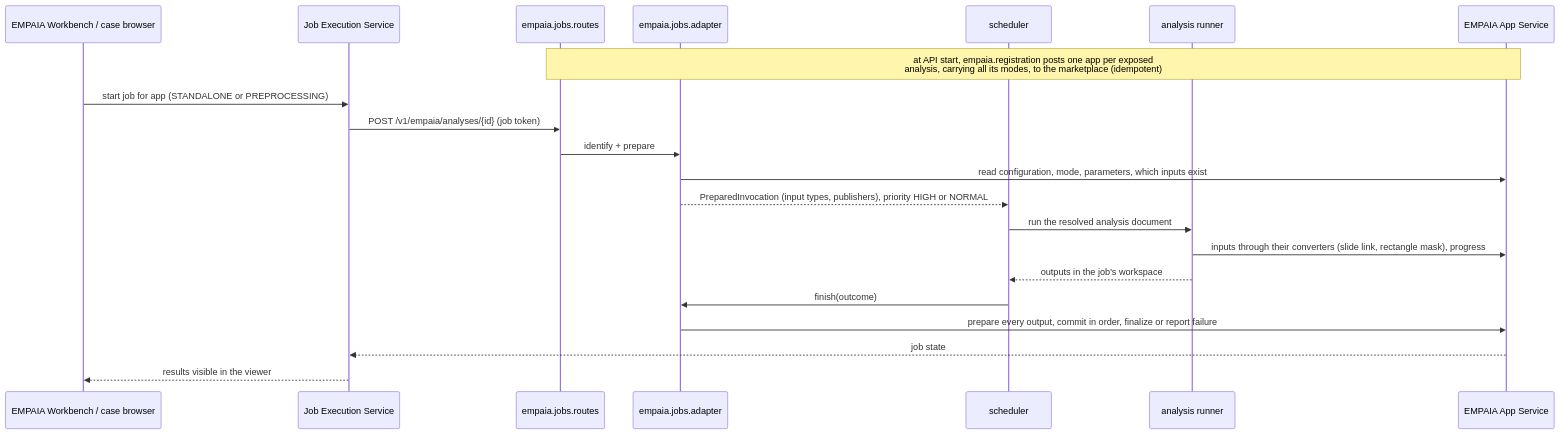
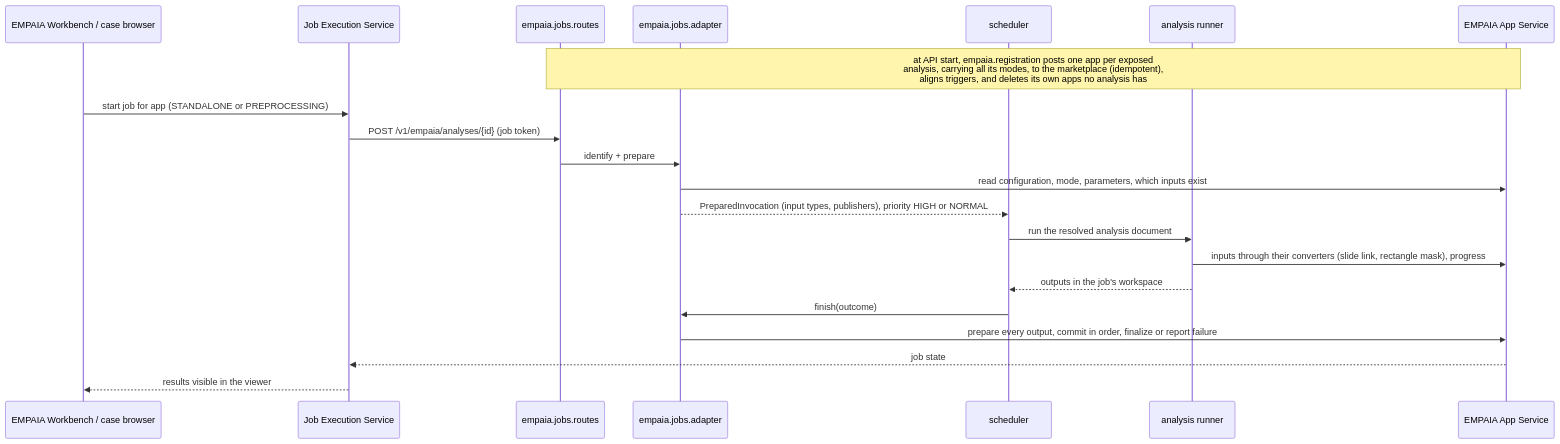
The diagram in docs/architecture/empaia.md (stefanpeknik/model-service), drawn with Mermaid before and after one commit. The commit also changed other lines of this file and 2 other files, not shown here.

Commit message:
docs: app reconcile deletes owned apps, with the mock's evidence

````diff
--- a/docs/architecture/empaia.md
+++ b/docs/architecture/empaia.md
@@ -10,24 +10,24 @@
 ```mermaid
 sequenceDiagram
   participant WD as EMPAIA Workbench / case browser
   participant JES as Job Execution Service
   participant R as empaia.jobs.routes
   participant A as empaia.jobs.adapter
   participant S as scheduler
   participant N as analysis runner
   participant AS as EMPAIA App Service
 
-  Note over R,AS: at API start, empaia.registration posts one app per exposed<br/>analysis, carrying all its modes, to the marketplace (idempotent)
+  Note over R,AS: at API start, empaia.registration posts one app per exposed<br/>analysis, carrying all its modes, to the marketplace (idempotent),<br/>aligns triggers, and deletes its own apps no analysis has
   WD->>JES: start job for app (STANDALONE or PREPROCESSING)
   JES->>R: POST /v1/empaia/analyses/{id} (job token)
   R->>A: identify + prepare
   A->>AS: read configuration, mode, parameters, which inputs exist
   A-->>S: PreparedInvocation (input types, publishers), priority HIGH or NORMAL
   S->>N: run the resolved analysis document
   N->>AS: inputs through their converters (slide link, rectangle mask), progress
   N-->>S: outputs in the job's workspace
   S->>A: finish(outcome)
   A->>AS: prepare every output, commit in order, finalize or report failure
   AS-->>JES: job state
   JES-->>WD: results visible in the viewer
 ```
````
